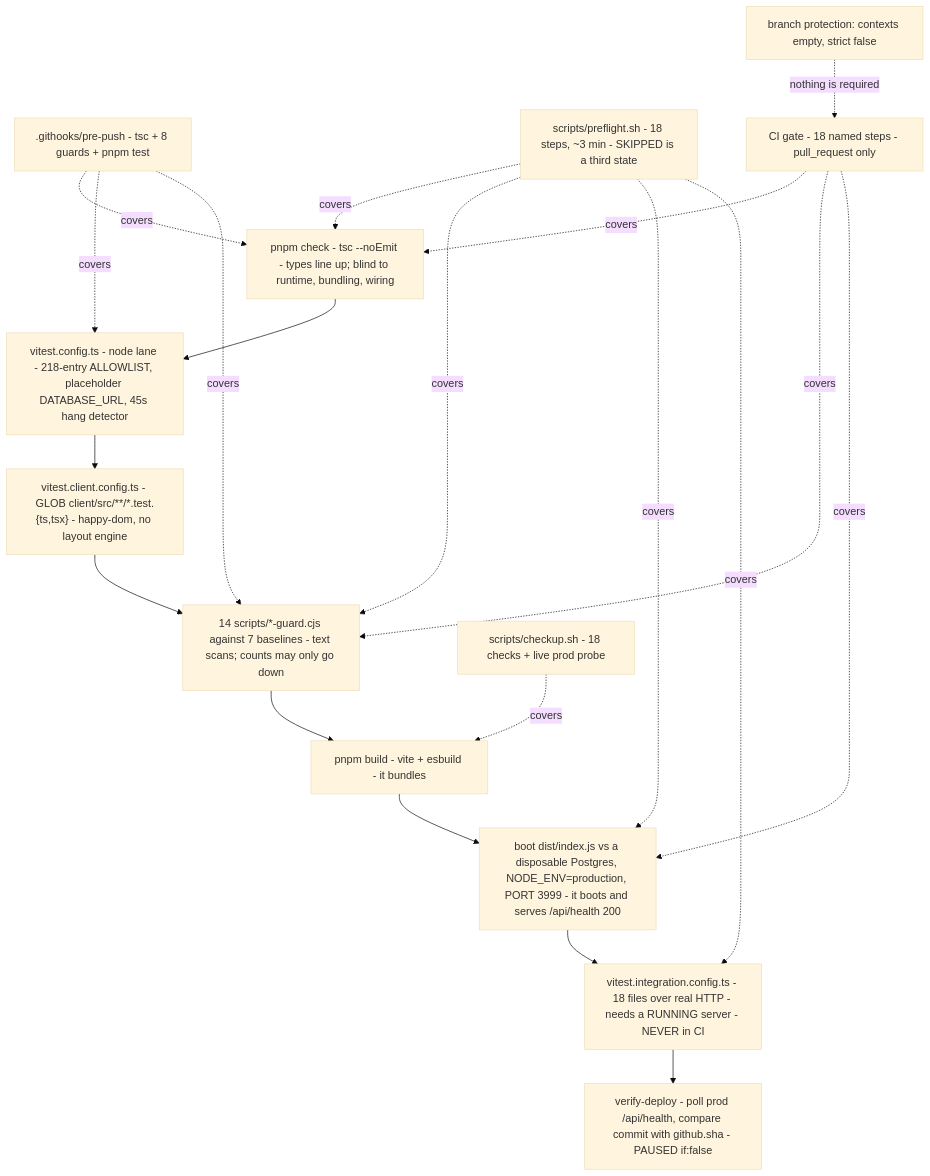
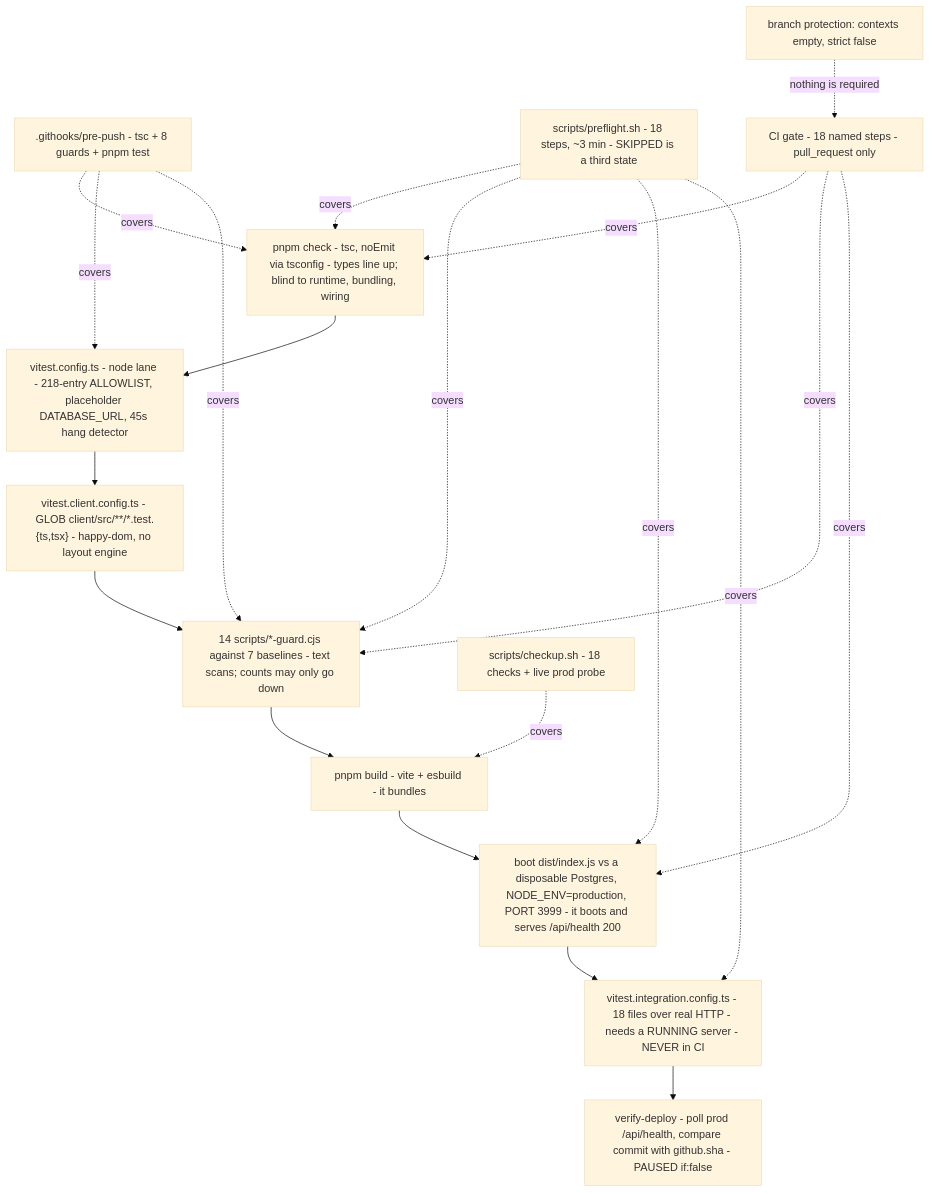
Before and after one commit to barakatammre84/Homiquity: the diagram in knowledge-base/handoff/07-test-harness-and-ci-proof.md, drawn with Mermaid (base theme). The commit also changed other lines of this file and 14 other files, not shown here.

````diff
--- a/knowledge-base/handoff/07-test-harness-and-ci-proof.md
+++ b/knowledge-base/handoff/07-test-harness-and-ci-proof.md
@@ -41,23 +42,23 @@
 ```mermaid
 flowchart TD
-  A["pnpm check - tsc --noEmit - types line up; blind to runtime, bundling, wiring"]
+  A["pnpm check - tsc, noEmit via tsconfig - types line up; blind to runtime, bundling, wiring"]
   A --> B["vitest.config.ts - node lane - 218-entry ALLOWLIST, placeholder DATABASE_URL, 45s hang detector"]
   B --> C["vitest.client.config.ts - GLOB client/src/**/*.test.{ts,tsx} - happy-dom, no layout engine"]
   C --> D["14 scripts/*-guard.cjs against 7 baselines - text scans; counts may only go down"]
   D --> E["pnpm build - vite + esbuild - it bundles"]
   E --> F["boot dist/index.js vs a disposable Postgres, NODE_ENV=production, PORT 3999 - it boots and serves /api/health 200"]
   F --> G["vitest.integration.config.ts - 18 files over real HTTP - needs a RUNNING server - NEVER in CI"]
   G --> H["verify-deploy - poll prod /api/health, compare commit with github.sha - PAUSED if:false"]
   P[".githooks/pre-push - tsc + 8 guards + pnpm test"] -. covers .-> A
   P -. covers .-> B
   P -. covers .-> D
   Q["scripts/preflight.sh - 18 steps, ~3 min - SKIPPED is a third state"] -. covers .-> A
   Q -. covers .-> D
   Q -. covers .-> F
   Q -. covers .-> G
   R["CI gate - 18 named steps - pull_request only"] -. covers .-> A
   R -. covers .-> D
   R -. covers .-> F
   S["scripts/checkup.sh - 18 checks + live prod probe"] -. covers .-> E
   T["branch protection: contexts empty, strict false"] -. "nothing is required" .-> R
 ```
````
